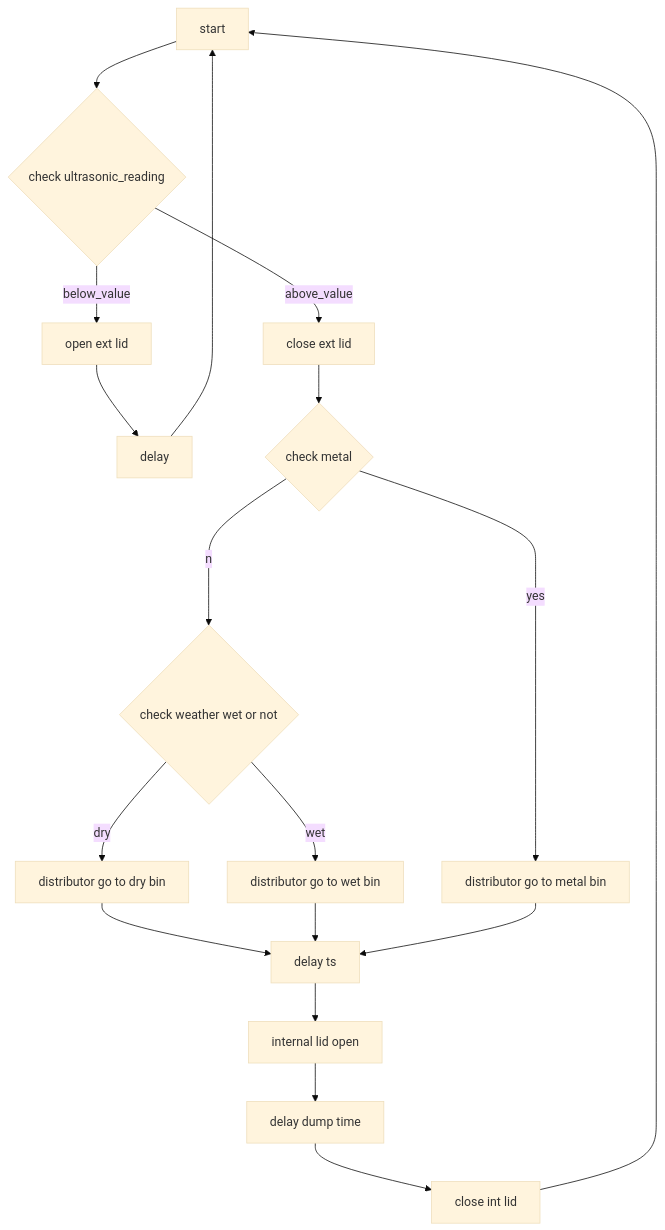
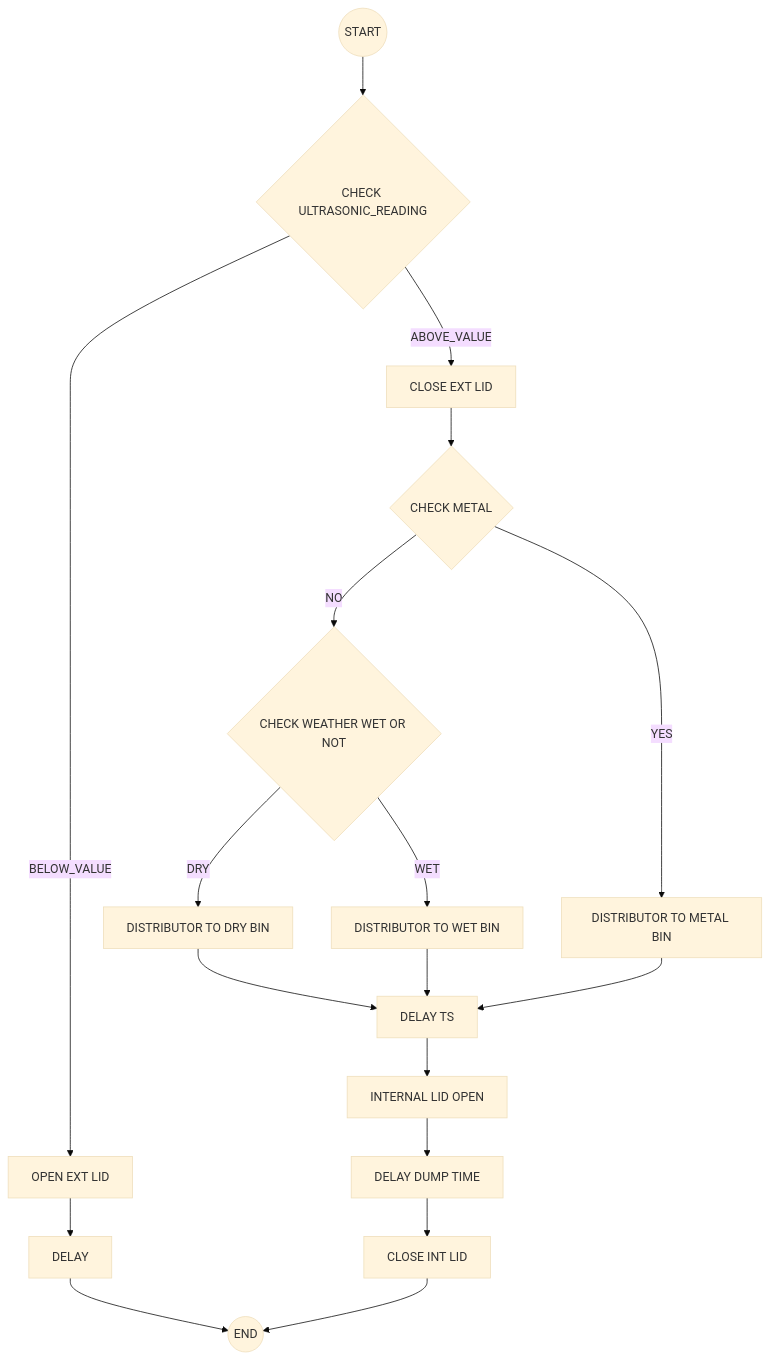
One commit to Arun-jyothish/Waste_categorize changed the diagram in README.md. Above: the diagram before and after it, drawn with Mermaid (base theme).

Commit message:
README UPDATE

```diff
--- a/README.md
+++ b/README.md
@@ -3,21 +3,21 @@
 ~~~mermaid
 graph TD 
-a[start] --> b{check ultrasonic_reading}
-e-->d1[delay]
-b--below_value-->e[open ext lid]
-d1-->a
-b --above_value-->d[close ext lid]
-d-->ch{check metal}
-ch--yes-->z1[distributor go to metal bin]
-ch--no-->z2{check weather wet or not}
-z2--wet-->z3[distributor go to wet bin]
-z2--dry-->z4[distributor go to dry bin]
-z4-->dl[delay ts]
-z3-->dl
-z1-->dl
-dl-->int[internal lid open]
-int-->dl2[delay dump time]
-dl2-->cl2[close int lid]
-cl2-->a
+A((START)) --> B{CHECK ULTRASONIC_READING}
+E-->D1[DELAY]
+B--BELOW_VALUE-->E[OPEN EXT LID]
+D1-->STOP((END))
+B --ABOVE_VALUE-->D[CLOSE EXT LID]
+D-->CH{CHECK METAL}
+CH--YES-->Z1[DISTRIBUTOR TO METAL BIN]
+CH--NO-->Z2{CHECK WEATHER WET OR NOT}
+Z2--WET-->Z3[DISTRIBUTOR TO WET BIN]
+Z2--DRY-->Z4[DISTRIBUTOR TO DRY BIN]
+Z4-->DL[DELAY TS]
+Z3-->DL
+Z1-->DL
+DL-->INT[INTERNAL LID OPEN]
+INT-->DL2[DELAY DUMP TIME]
+DL2-->CL2[CLOSE INT LID]
+CL2-->STOP
 
 ~~~
```
